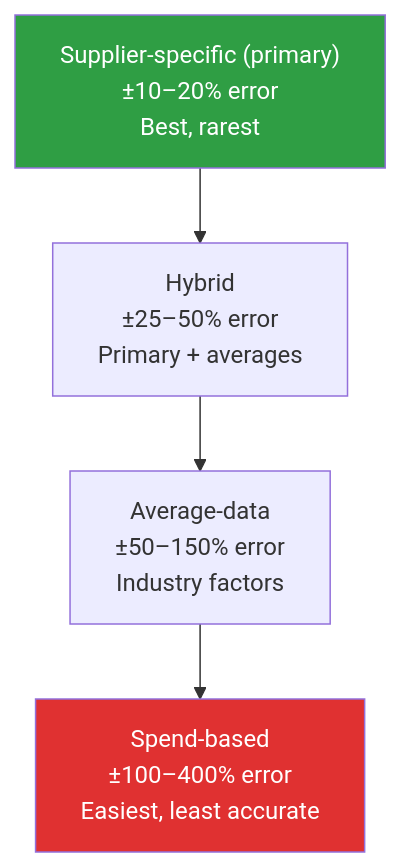
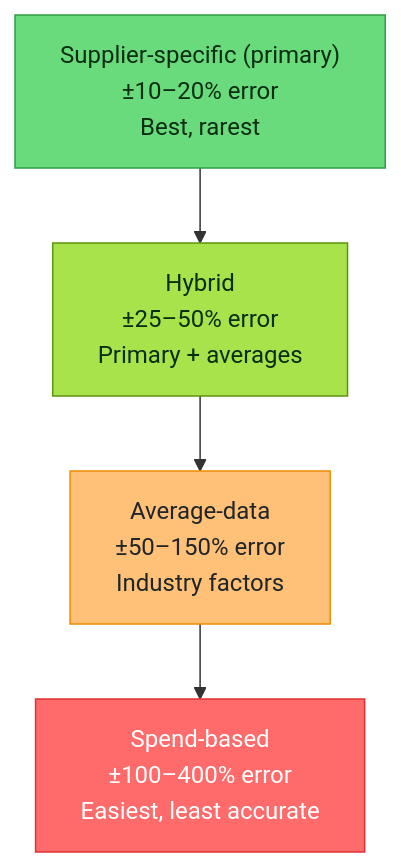
Before and after one commit to co3org/Scope3-Challenge: the first of 2 diagrams in 09_worked_example.md, drawn with Mermaid. The commit also changed other lines of this file and 10 other files, not shown here.

First line of the commit message:
Redesign all 57 Mermaid diagrams with a consistent, semantic design system

````diff
--- a/09_worked_example.md
+++ b/09_worked_example.md
@@ -71,6 +71,19 @@
 ```mermaid
 flowchart TD
-    A["Supplier-specific (primary)\n±10–20% error\nBest, rarest"] --> B["Hybrid\n±25–50% error\nPrimary + averages"] --> C["Average-data\n±50–150% error\nIndustry factors"] --> D["Spend-based\n±100–400% error\nEasiest, least accurate"]
-    style A fill:#2f9e44,color:#fff
-    style D fill:#e03131,color:#fff
+    classDef good fill:#69db7c,stroke:#2f9e44,color:#0b2e13;
+    classDef mid fill:#a9e34b,stroke:#5c940d,color:#0b2e13;
+    classDef warn fill:#ffc078,stroke:#f08c00,color:#212529;
+    classDef bad fill:#ff6b6b,stroke:#e03131,color:#fff;
+
+    A["Supplier-specific (primary)\n±10–20% error\nBest, rarest"]
+    B["Hybrid\n±25–50% error\nPrimary + averages"]
+    C["Average-data\n±50–150% error\nIndustry factors"]
+    D["Spend-based\n±100–400% error\nEasiest, least accurate"]
+
+    A --> B --> C --> D
+
+    class A good;
+    class B mid;
+    class C warn;
+    class D bad;
 ```
````
